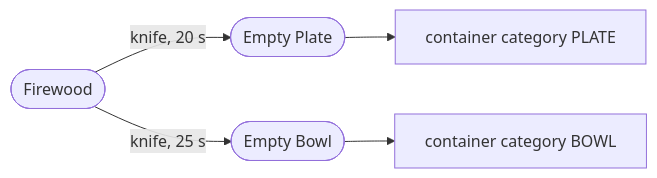
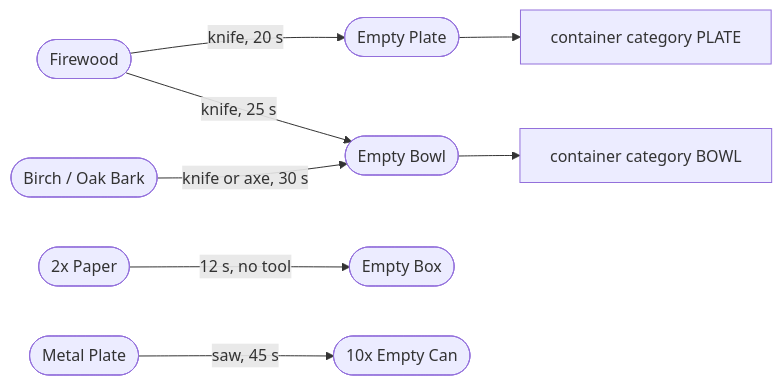
Diagram 13 of 13 in ChefZ_Wiki/Production-Chains.md (Psyern/Psyerns_ChefZ), drawn with Mermaid before and after one commit. The commit also changed other lines of this file and 6 other files, not shown here.

````diff
--- a/ChefZ_Wiki/Production-Chains.md
+++ b/ChefZ_Wiki/Production-Chains.md
@@ -465,7 +498,10 @@
 ```mermaid
 graph LR
   FW(["Firewood"]) -->|"knife, 20 s"| PL(["Empty Plate"])
   FW -->|"knife, 25 s"| BO(["Empty Bowl"])
+  BK(["Birch / Oak Bark"]) -->|"knife or axe, 30 s"| BO
+  PA(["2x Paper"]) -->|"12 s, no tool"| BX(["Empty Box"])
+  MP(["Metal Plate"]) -->|"saw, 45 s"| CN(["10x Empty Can"])
   PL --> D1["container category PLATE"]
   BO --> D2["container category BOWL"]
 ```
````
